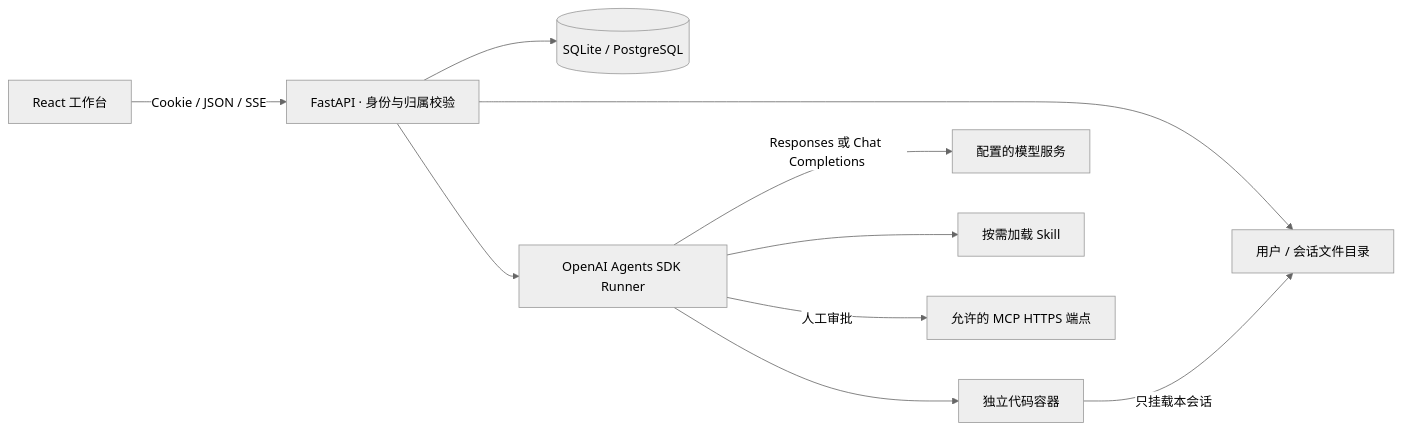
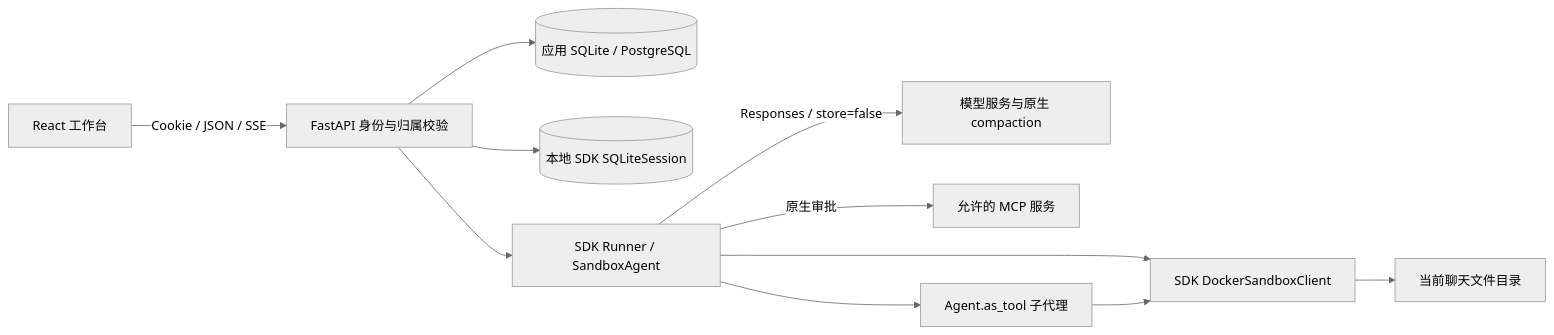
The diagram in docs/ARCHITECTURE.md (zlstart/codex_cloud), drawn with Mermaid (neutral theme) before and after one commit. The commit also changed other lines of this file and 77 other files, not shown here.

Commit message:
feat: rebuild workspace on native Agents SDK capabilities

````diff
--- a/docs/ARCHITECTURE.md
+++ b/docs/ARCHITECTURE.md
@@ -5,12 +5,13 @@
 ```mermaid
 flowchart LR
-  Browser[React 工作台] -->|Cookie / JSON / SSE| API[FastAPI · 身份与归属校验]
-  API --> DB[(SQLite / PostgreSQL)]
-  API --> Store[用户 / 会话文件目录]
-  API --> Runner[OpenAI Agents SDK Runner]
-  Runner -->|Responses 或 Chat Completions| Provider[配置的模型服务]
-  Runner --> Skills[按需加载 Skill]
-  Runner -->|人工审批| MCP[允许的 MCP HTTPS 端点]
-  Runner --> Docker[独立代码容器]
-  Docker -->|只挂载本会话| Store
+  Browser[React 工作台] -->|Cookie / JSON / SSE| API[FastAPI 身份与归属校验]
+  API --> DB[(应用 SQLite / PostgreSQL)]
+  API --> History[(本地 SDK SQLiteSession)]
+  API --> Runner[SDK Runner / SandboxAgent]
+  Runner -->|Responses / store=false| Provider[模型服务与原生 compaction]
+  Runner -->|原生审批| MCP[允许的 MCP 服务]
+  Runner --> Children[Agent.as_tool 子代理]
+  Runner --> Sandbox[SDK DockerSandboxClient]
+  Children --> Sandbox
+  Sandbox --> Workspace[当前聊天文件目录]
 ```
````
